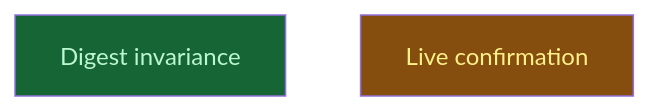
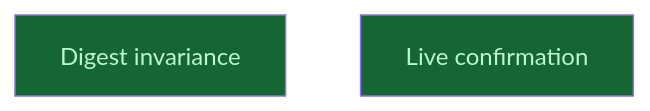
The diagram in __roadmap__/m4-session-runner/traits/core/runs/closeout/revalidation/README.md (CrackingShells/Candler), drawn with Mermaid before and after one commit. The commit also changed other lines of this file and 5 other files, not shown here.

Commit message:
rdm(runner): mark live_confirmation and the trait levels done

````diff
--- a/__roadmap__/m4-session-runner/traits/core/runs/closeout/revalidation/README.md
+++ b/__roadmap__/m4-session-runner/traits/core/runs/closeout/revalidation/README.md
@@ -16,10 +16,10 @@
 ```mermaid
 graph TD
     digest_invariance[Digest invariance]:::done
-    live_confirmation[Live confirmation]:::inprogress
+    live_confirmation[Live confirmation]:::done
     classDef done       fill:#166534,color:#bbf7d0
     classDef inprogress fill:#854d0e,color:#fef08a
     classDef planned    fill:#374151,color:#e5e7eb
     classDef amendment  fill:#1e3a5f,color:#bfdbfe
     classDef blocked    fill:#7f1d1d,color:#fecaca
 ```
````
